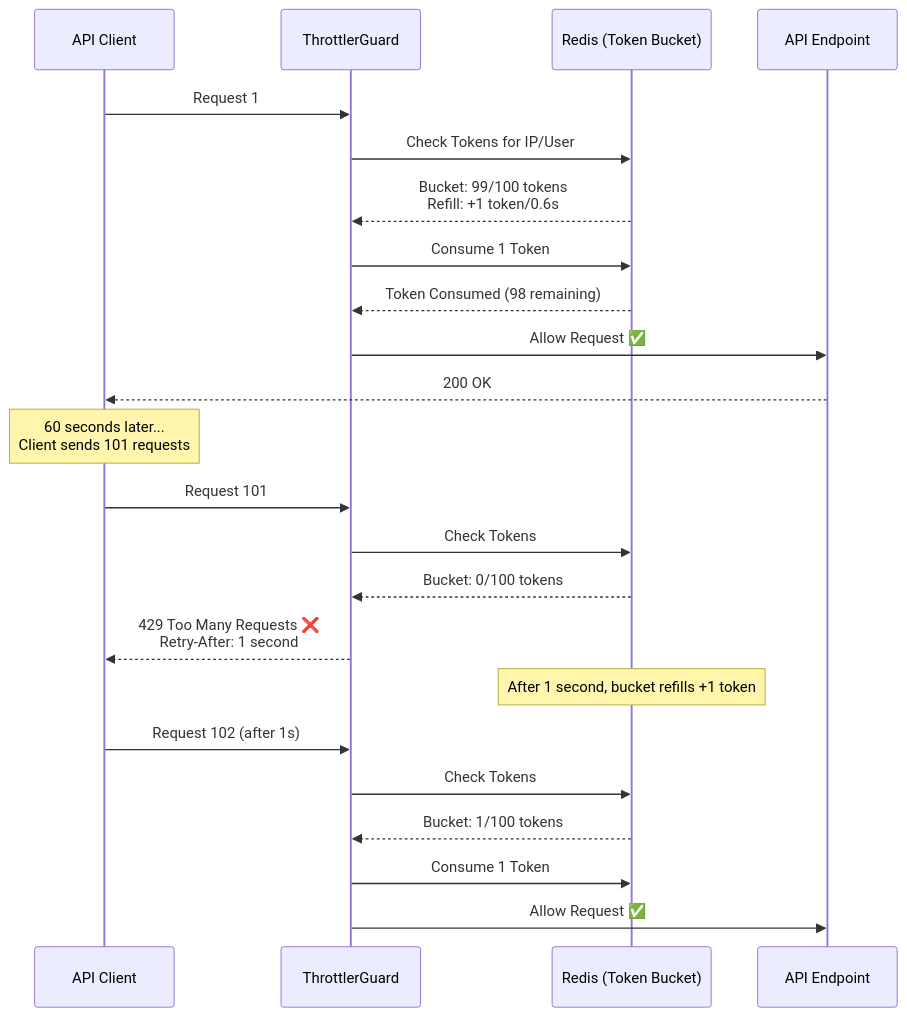
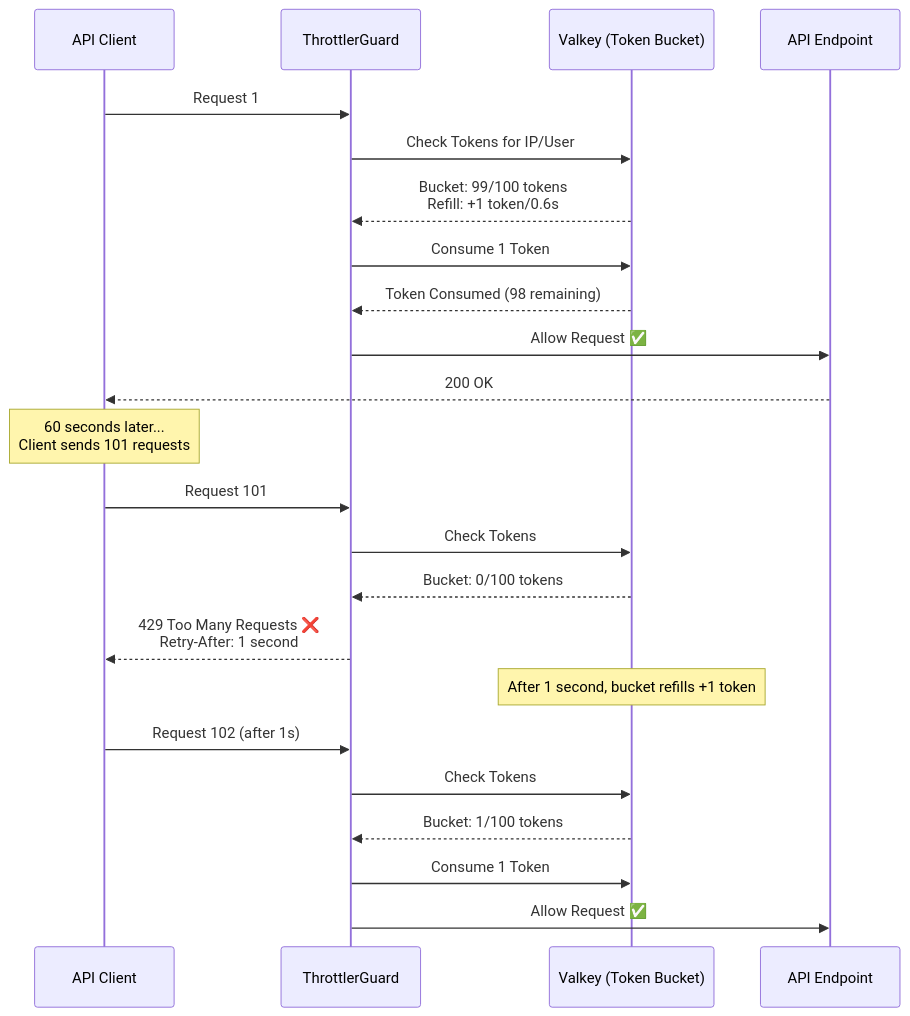
Diagram 36 of 54 in architecture/05-PERFORMANCE.md (telemetryflow/telemetryflow-overview), drawn with Mermaid before and after one commit. The commit also changed other lines of this file and 23 other files, not shown here.

First line of the commit message:
docs: relabel Redis->Valkey in architecture/diagrams/prose (follow-up sweep)

````diff
--- a/architecture/05-PERFORMANCE.md
+++ b/architecture/05-PERFORMANCE.md
@@ -1397,30 +1397,30 @@
 ```mermaid
 sequenceDiagram
     participant Client as API Client
     participant Guard as ThrottlerGuard
-    participant Redis as Redis (Token Bucket)
+    participant Valkey as Valkey (Token Bucket)
     participant API as API Endpoint
 
     Client->>Guard: Request 1
-    Guard->>Redis: Check Tokens for IP/User
-    Redis-->>Guard: Bucket: 99/100 tokens<br/>Refill: +1 token/0.6s
-    Guard->>Redis: Consume 1 Token
-    Redis-->>Guard: Token Consumed (98 remaining)
+    Guard->>Valkey: Check Tokens for IP/User
+    Valkey-->>Guard: Bucket: 99/100 tokens<br/>Refill: +1 token/0.6s
+    Guard->>Valkey: Consume 1 Token
+    Valkey-->>Guard: Token Consumed (98 remaining)
     Guard->>API: Allow Request ✅
     API-->>Client: 200 OK
 
     Note over Client: 60 seconds later...<br/>Client sends 101 requests
 
     Client->>Guard: Request 101
-    Guard->>Redis: Check Tokens
-    Redis-->>Guard: Bucket: 0/100 tokens
+    Guard->>Valkey: Check Tokens
+    Valkey-->>Guard: Bucket: 0/100 tokens
     Guard-->>Client: 429 Too Many Requests ❌<br/>Retry-After: 1 second
 
-    Note over Redis: After 1 second, bucket refills +1 token
+    Note over Valkey: After 1 second, bucket refills +1 token
 
     Client->>Guard: Request 102 (after 1s)
-    Guard->>Redis: Check Tokens
-    Redis-->>Guard: Bucket: 1/100 tokens
-    Guard->>Redis: Consume 1 Token
+    Guard->>Valkey: Check Tokens
+    Valkey-->>Guard: Bucket: 1/100 tokens
+    Guard->>Valkey: Consume 1 Token
     Guard->>API: Allow Request ✅
 ```
````
